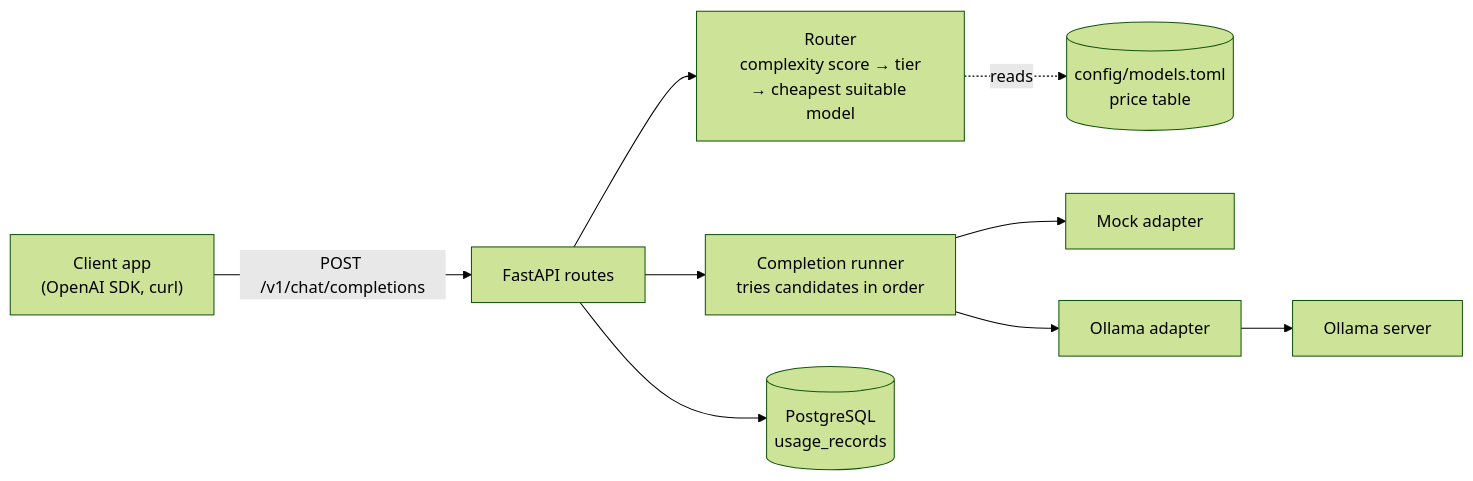
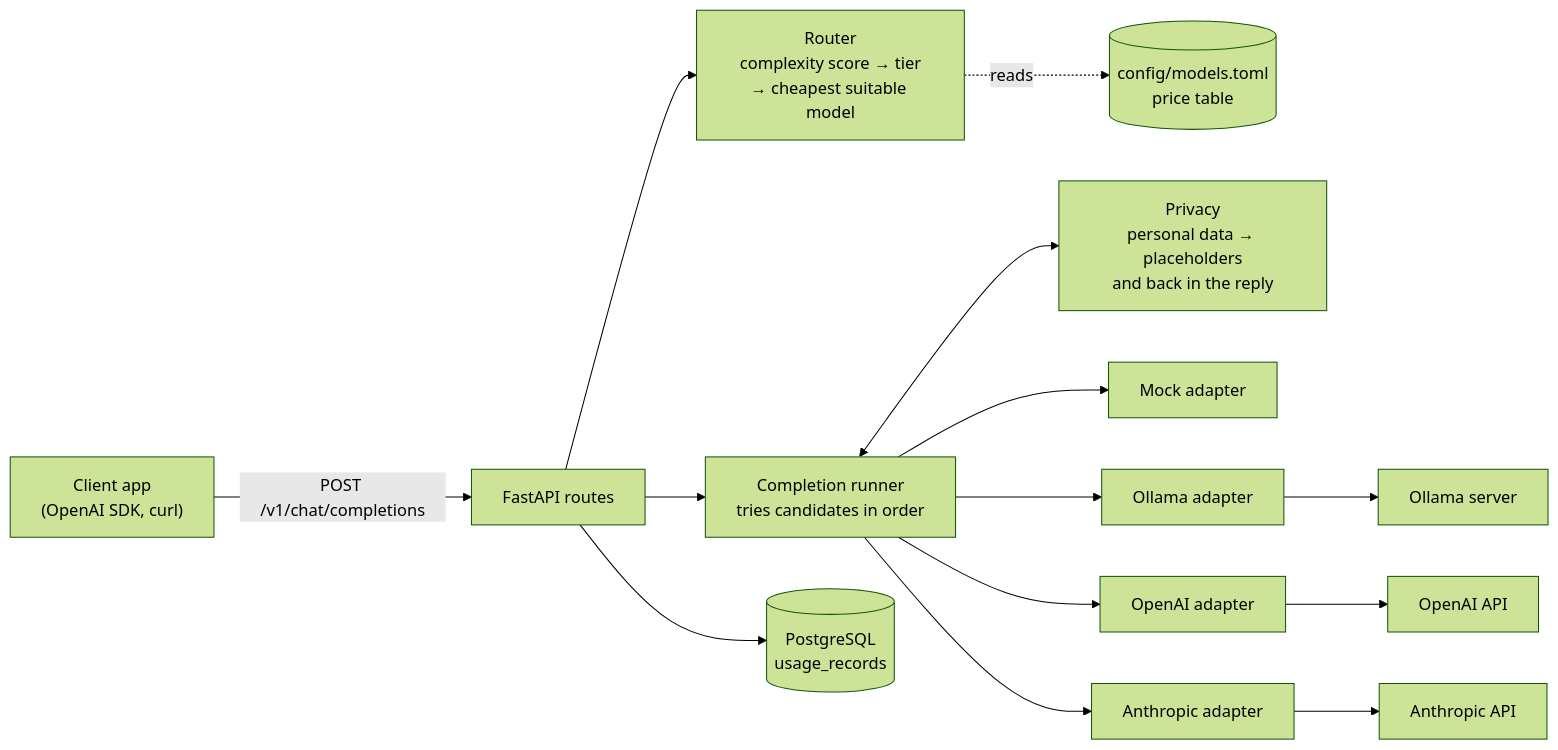
One commit to MoKarim146/secure-ai-gateway changed the diagram in README.md. Above: the diagram before and after it, drawn with Mermaid (forest theme). The commit also changed other lines of this file and 3 other files, not shown here.

Commit message:
docs: describe cloud providers and personal data redaction, add ADR 0005

````diff
--- a/README.md
+++ b/README.md
@@ -17,10 +18,13 @@
 ```mermaid
 flowchart LR
     app["Client app<br/>(OpenAI SDK, curl)"] -->|"POST /v1/chat/completions"| api["FastAPI routes"]
     api --> router["Router<br/>complexity score → tier<br/>→ cheapest suitable model"]
     router -.reads.-> catalog[("config/models.toml<br/>price table")]
     api --> runner["Completion runner<br/>tries candidates in order"]
+    runner <--> privacy["Privacy<br/>personal data → placeholders<br/>and back in the reply"]
     runner --> mock["Mock adapter"]
     runner --> ollama["Ollama adapter"] --> ollamasrv["Ollama server"]
+    runner --> openai["OpenAI adapter"] --> openaiapi["OpenAI API"]
+    runner --> anthropic["Anthropic adapter"] --> anthropicapi["Anthropic API"]
     api --> ledger[("PostgreSQL<br/>usage_records")]
 ```
````
